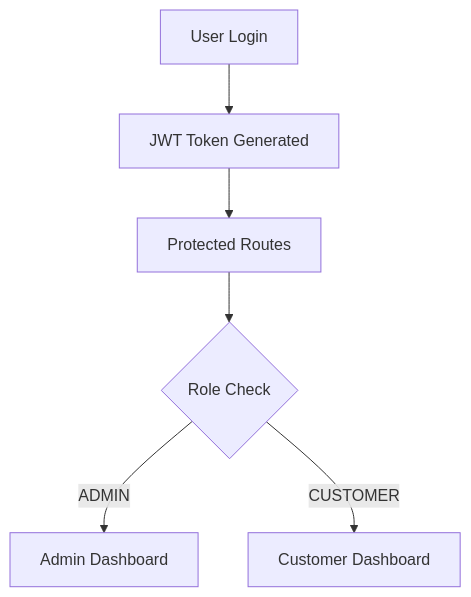
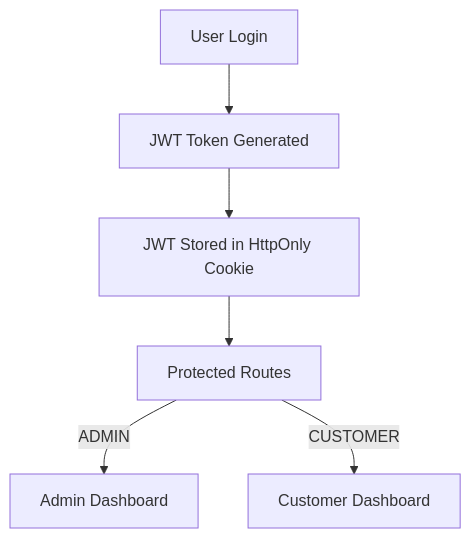
The third of 4 diagrams in README.md (Revou-FSSE-Oct25/crack-be-liaro25), drawn with Mermaid before and after one commit. The commit also changed other lines of this file and 7 other files, not shown here.

````diff
--- a/README.md
+++ b/README.md
@@ -74,14 +74,14 @@
 ```mermaid
 flowchart TD
 
 A[User Login]
 --> B[JWT Token Generated]
 
-B --> C[Protected Routes]
+B --> C[JWT Stored in HttpOnly Cookie]
 
-C --> D{Role Check}
+C --> D[Protected Routes]
 
 D -->|ADMIN| E[Admin Dashboard]
 D -->|CUSTOMER| F[Customer Dashboard]
 
 ```
````
